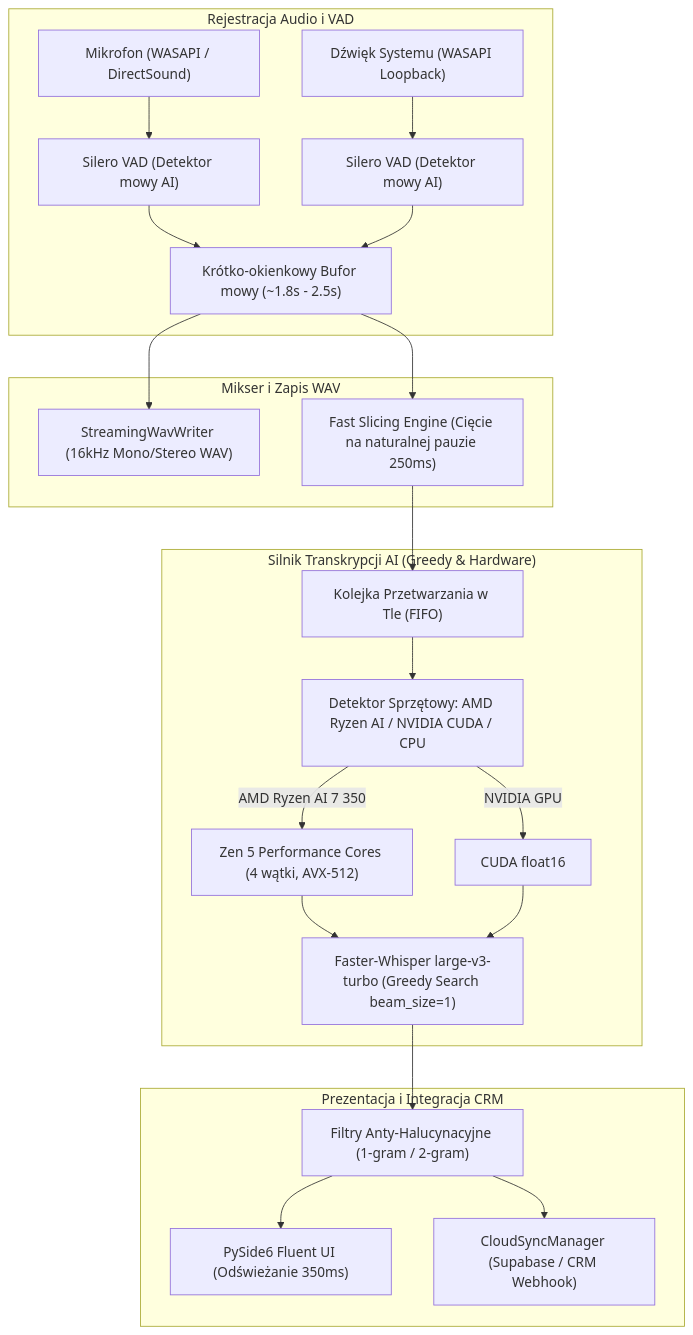
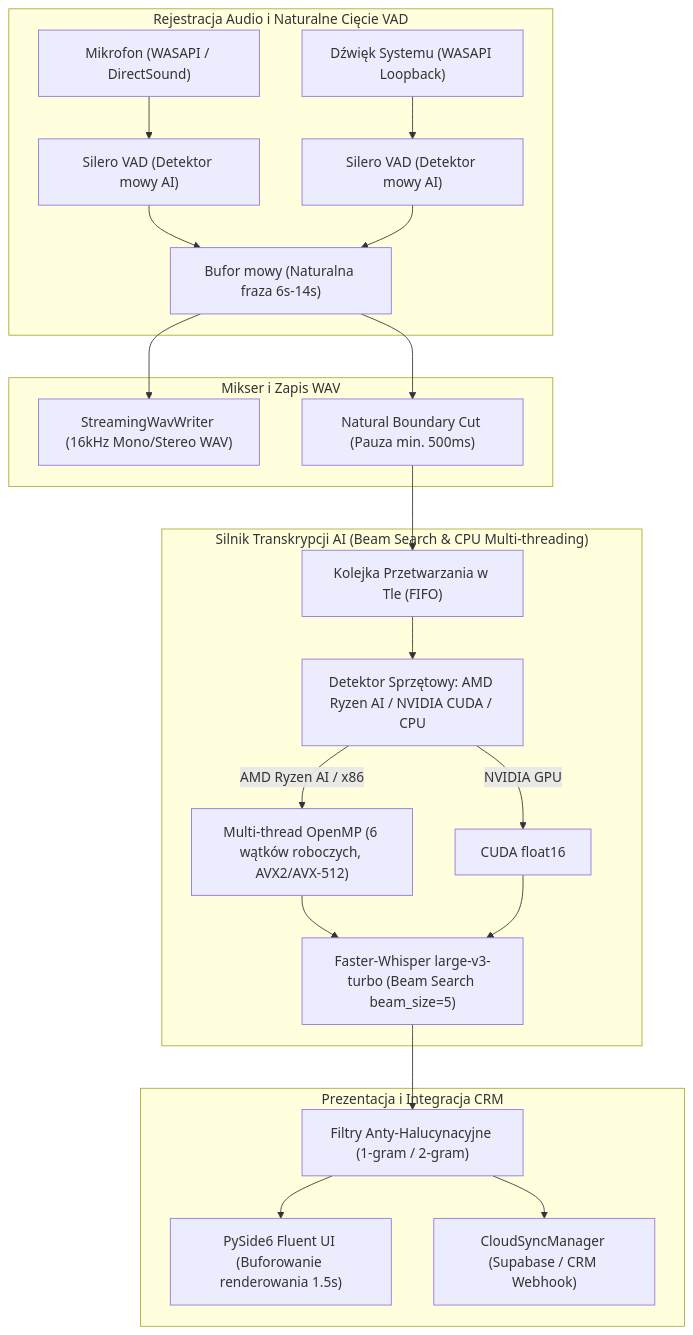
The diagram in ARCHITECTURE.md (999who/recorder_fork), drawn with Mermaid before and after one commit. The commit also changed other lines of this file, not shown here.

Commit message:
docs(architecture): update ARCHITECTURE.md for v0.7.3 context-preserving VAD and beam_size=5

````diff
--- a/ARCHITECTURE.md
+++ b/ARCHITECTURE.md
@@ -5,29 +5,29 @@
 ```mermaid
 flowchart TD
-    subgraph Audio_Capture["Rejestracja Audio i VAD"]
+    subgraph Audio_Capture["Rejestracja Audio i Naturalne Cięcie VAD"]
         MIC["Mikrofon (WASAPI / DirectSound)"] --> VAD_MIC["Silero VAD (Detektor mowy AI)"]
         SYS["Dźwięk Systemu (WASAPI Loopback)"] --> VAD_SYS["Silero VAD (Detektor mowy AI)"]
-        VAD_MIC --> BUFFER["Krótko-okienkowy Bufor mowy (~1.8s - 2.5s)"]
+        VAD_MIC --> BUFFER["Bufor mowy (Naturalna fraza 6s-14s)"]
         VAD_SYS --> BUFFER
     end
 
     subgraph Audio_Mixer["Mikser i Zapis WAV"]
         BUFFER --> WAV_OUT["StreamingWavWriter (16kHz Mono/Stereo WAV)"]
-        BUFFER --> FAST_CUT["Fast Slicing Engine (Cięcie na naturalnej pauzie 250ms)"]
+        BUFFER --> VAD_CUT["Natural Boundary Cut (Pauza min. 500ms)"]
     end
 
-    subgraph Inference_Engine["Silnik Transkrypcji AI (Greedy & Hardware)"]
-        FAST_CUT --> ROLLING_Q["Kolejka Przetwarzania w Tle (FIFO)"]
+    subgraph Inference_Engine["Silnik Transkrypcji AI (Beam Search & CPU Multi-threading)"]
+        VAD_CUT --> ROLLING_Q["Kolejka Przetwarzania w Tle (FIFO)"]
         ROLLING_Q --> HW_DETECT["Detektor Sprzętowy: AMD Ryzen AI / NVIDIA CUDA / CPU"]
-        HW_DETECT -->|AMD Ryzen AI 7 350| ZEN5["Zen 5 Performance Cores (4 wątki, AVX-512)"]
+        HW_DETECT -->|AMD Ryzen AI / x86| CPU_THR["Multi-thread OpenMP (6 wątków roboczych, AVX2/AVX-512)"]
         HW_DETECT -->|NVIDIA GPU| CUDA["CUDA float16"]
-        ZEN5 --> WHISPER["Faster-Whisper large-v3-turbo (Greedy Search beam_size=1)"]
+        CPU_THR --> WHISPER["Faster-Whisper large-v3-turbo (Beam Search beam_size=5)"]
         CUDA --> WHISPER
     end
 
     subgraph UI_and_Sync["Prezentacja i Integracja CRM"]
         WHISPER --> DEDUP["Filtry Anty-Halucynacyjne (1-gram / 2-gram)"]
-        DEDUP --> UI["PySide6 Fluent UI (Odświeżanie 350ms)"]
+        DEDUP --> UI["PySide6 Fluent UI (Buforowanie renderowania 1.5s)"]
         DEDUP --> CLOUD["CloudSyncManager (Supabase / CRM Webhook)"]
     end
 ```
````
